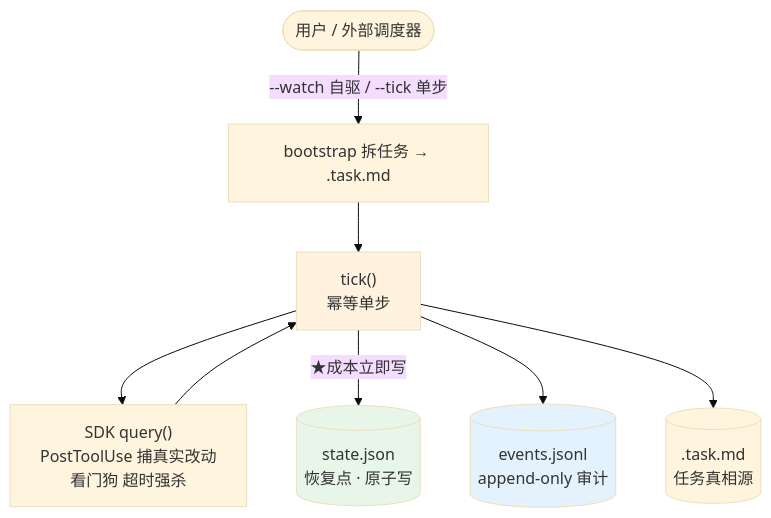
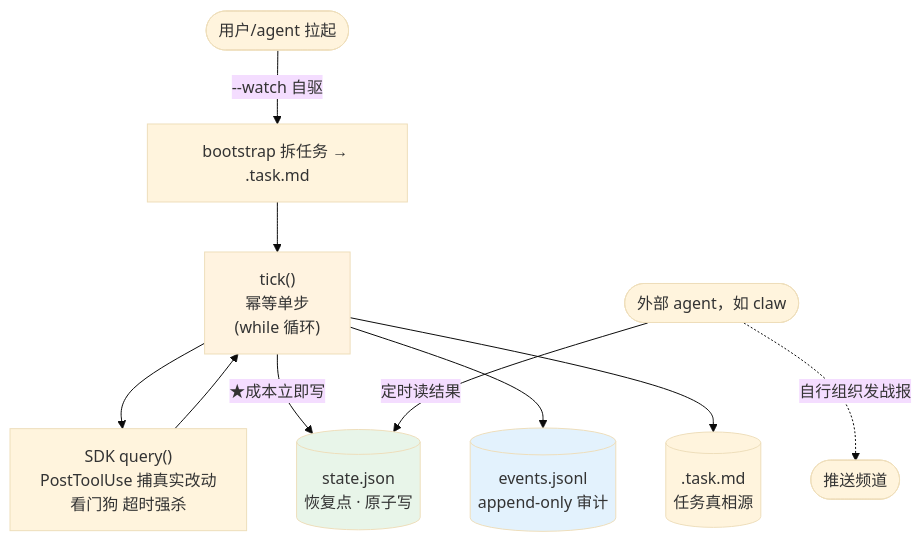
One commit to free-wyq/loop changed the first of 3 diagrams in README.md. Above: the diagram before and after it, drawn with Mermaid (base theme). The commit also changed other lines of this file and 6 other files, not shown here.

````diff
--- a/README.md
+++ b/README.md
@@ -37,15 +37,19 @@
 ```mermaid
 flowchart TB
-    User([用户 / 外部调度器])
-    User -->|"--watch 自驱 / --tick 单步"| BOOT[bootstrap 拆任务 → .task.md]
-    BOOT --> TICK["tick()<br/>幂等单步"]
+    User([用户/agent 拉起])
+    User -->|"--watch 自驱"| BOOT[bootstrap 拆任务 → .task.md]
+    BOOT --> TICK["tick()<br/>幂等单步<br/>(while 循环)"]
     TICK --> SDK["SDK query()<br/>PostToolUse 捕真实改动<br/>看门狗 超时强杀"]
     SDK --> TICK
     TICK -->|"★成本立即写"| STATE[("state.json<br/>恢复点 · 原子写")]
     TICK --> EVENTS[("events.jsonl<br/>append-only 审计")]
     TICK --> TASK[(".task.md<br/>任务真相源")]
 
+    Claw([外部 agent，如 claw])
+    Claw -->|"定时读结果"| STATE
+    Claw -.->|"自行组织发战报"| Push([推送频道])
+
     style STATE fill:#e8f5e9
     style EVENTS fill:#e3f2fd
     style TICK fill:#fff3e0
 ```
````
